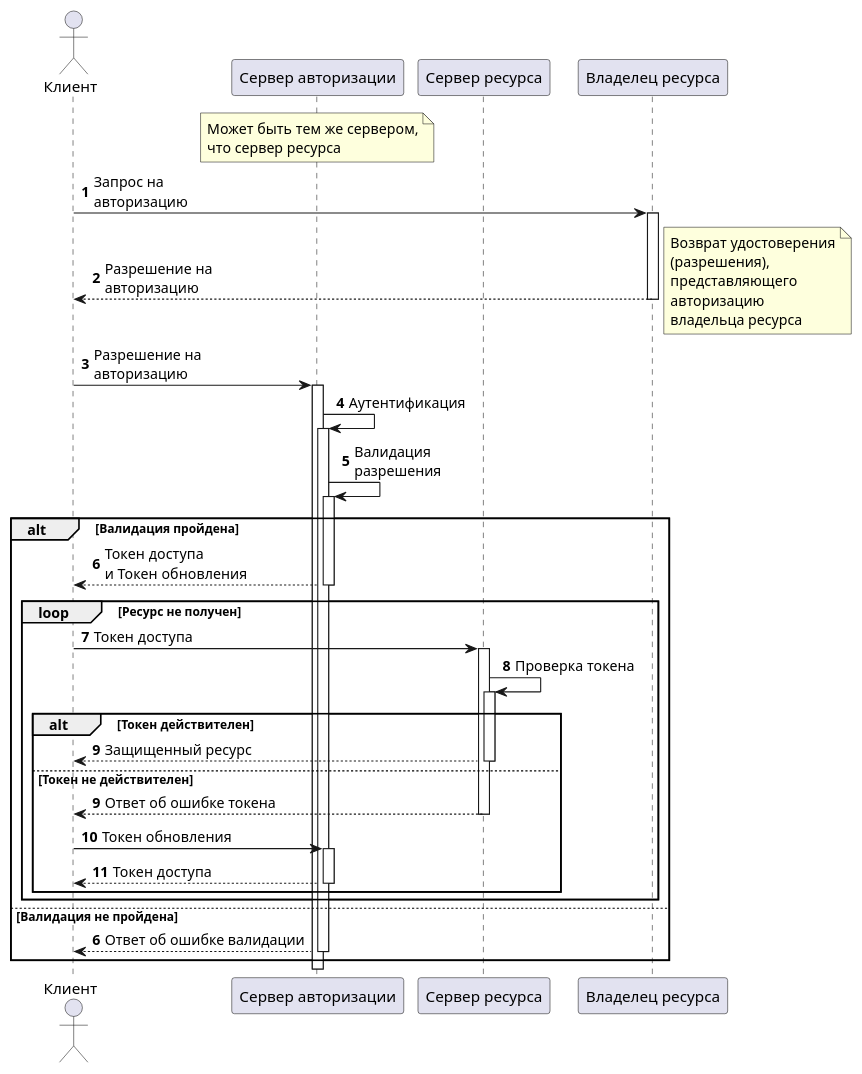
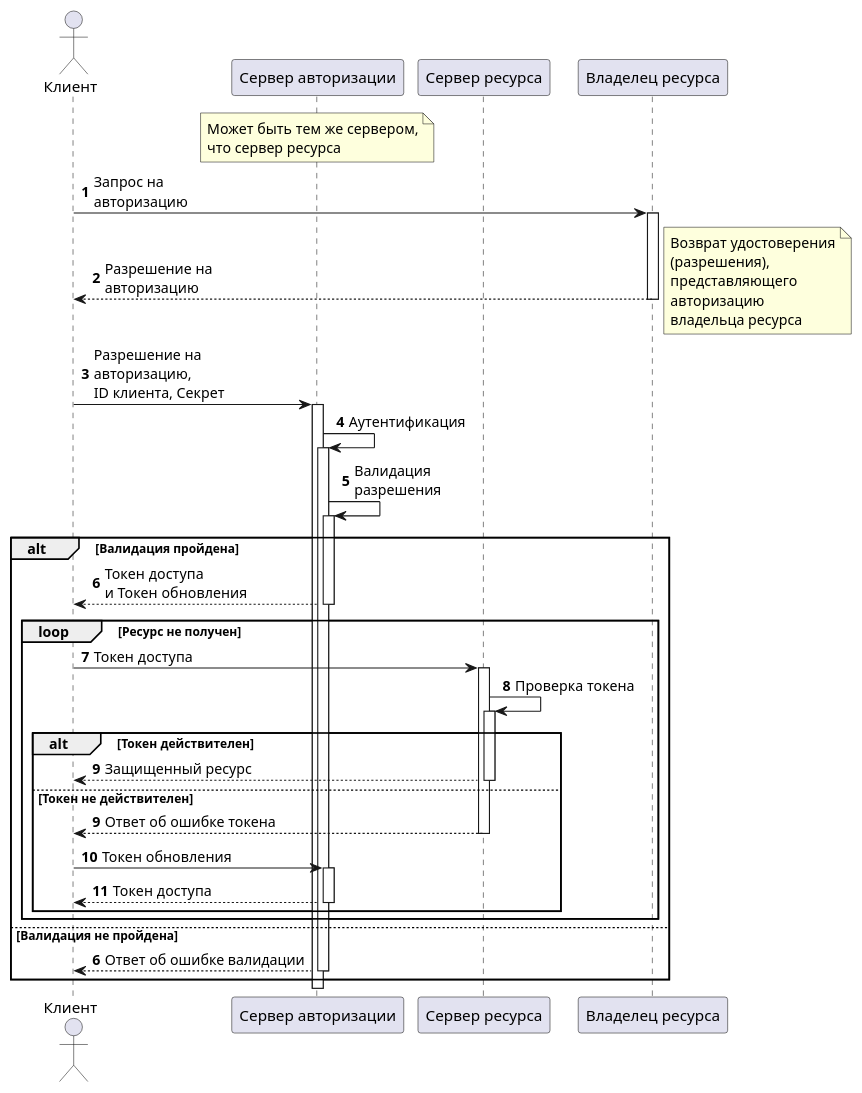
The diagram in docs/OAuth.puml (AleksanderNekr/LichessAnalyzer), drawn with PlantUML before and after one commit.

Commit message:
[Docs] Refactor OAuth.puml name diagram, add ID, Secret to send.

```diff
--- a/docs/OAuth.puml
+++ b/docs/OAuth.puml
@@ -1,50 +1,50 @@
-@startuml
+@startuml auth-code-flow
 
 autonumber
 autoactivate on
 
 actor Клиент as client
 participant "Сервер авторизации" as auth_server
 note over of auth_server
 Может быть тем же сервером,
 что сервер ресурса
 end note
 participant "Сервер ресурса" as resource_server
 participant "Владелец ресурса" as resource_owner
 
 client -> resource_owner: Запрос на\nавторизацию
 return Разрешение на\nавторизацию
 note right
 Возврат удостоверения
 (разрешения),
 представляющего
 авторизацию
 владельца ресурса
 end note
 
-client -> auth_server: Разрешение на\nавторизацию
+client -> auth_server: Разрешение на\nавторизацию,\nID клиента, Секрет
 auth_server -> auth_server: Аутентификация
 auth_server -> auth_server: Валидация\nразрешения
 
 alt Валидация пройдена
     auth_server --> client: Токен доступа\nи Токен обновления
     
     loop Ресурс не получен
         client -> resource_server: Токен доступа
         resource_server -> resource_server: Проверка токена
         alt Токен действителен
             resource_server --> client: Защищенный ресурс
         else Токен не действителен
             autonumber 9
             resource_server --> client: Ответ об ошибке токена
             client -> auth_server: Токен обновления
             auth_server --> client: Токен доступа
         end
     end
 else Валидация не пройдена
     autonumber 6
     auth_server --> client: Ответ об ошибке валидации
 end
 
 
 @enduml
```
